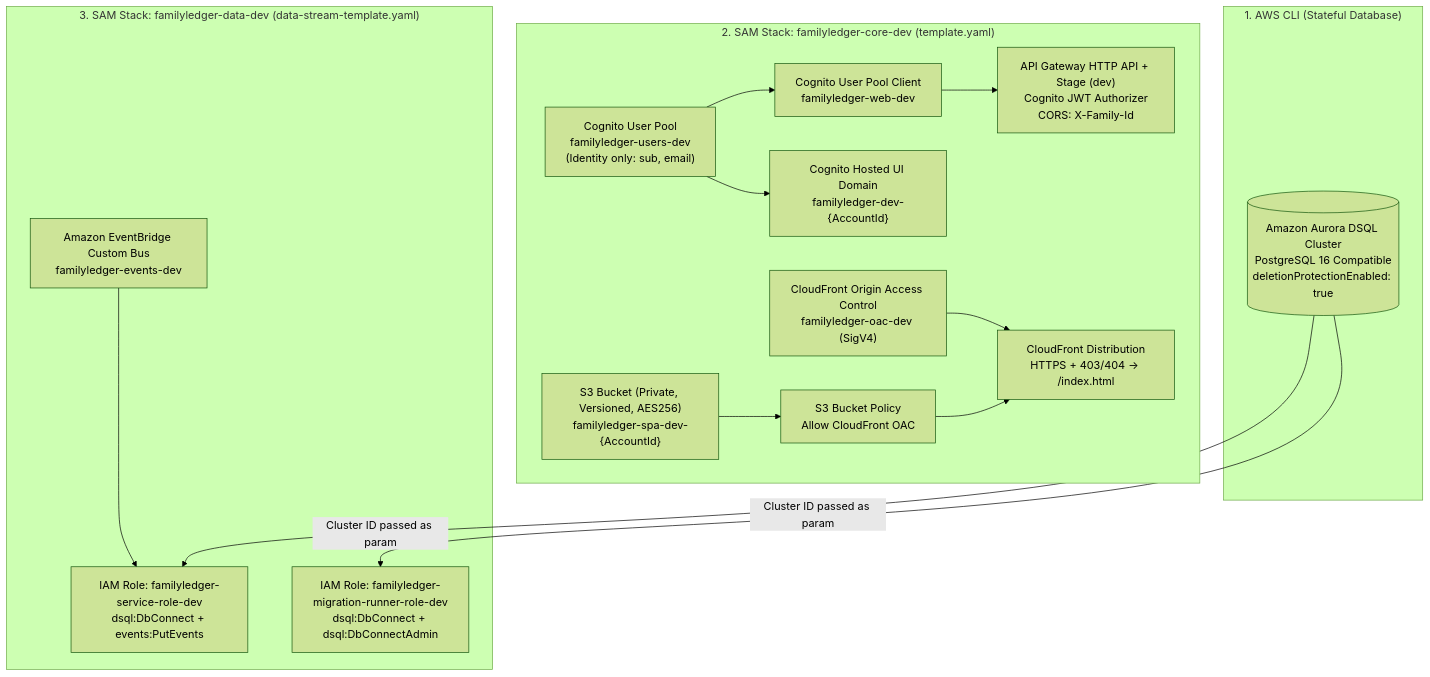
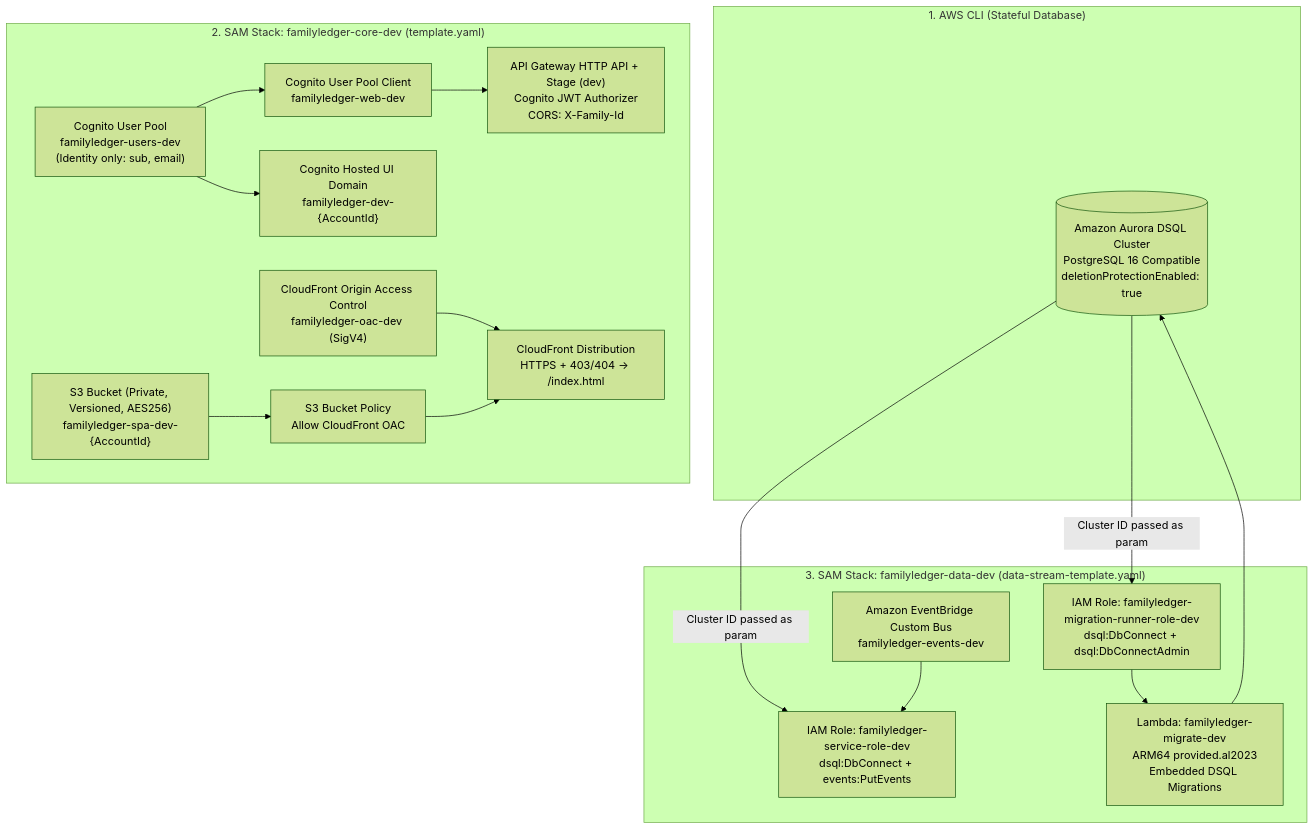
One commit to home-harmony/documentation changed the diagram in architecture/aws-deployment-and-teardown.md. Above: the diagram before and after it, drawn with Mermaid (forest theme). The commit also changed other lines of this file and 18 other files, not shown here.

First line of the commit message:
feat: Remove detailed guide for Aurora DSQL migration files and update sprint roadmap

````diff
--- a/architecture/aws-deployment-and-teardown.md
+++ b/architecture/aws-deployment-and-teardown.md
@@ -11,33 +11,36 @@
 ```mermaid
 flowchart TD
     subgraph CLI["1. AWS CLI (Stateful Database)"]
         DSQL[("Amazon Aurora DSQL Cluster<br/>PostgreSQL 16 Compatible<br/>deletionProtectionEnabled: true")]
     end
 
     subgraph CoreStack["2. SAM Stack: familyledger-core-dev (template.yaml)"]
         CognitoPool["Cognito User Pool<br/>familyledger-users-dev<br/>(Identity only: sub, email)"]
         CognitoClient["Cognito User Pool Client<br/>familyledger-web-dev"]
         CognitoDomain["Cognito Hosted UI Domain<br/>familyledger-dev-{AccountId}"]
         HttpApi["API Gateway HTTP API + Stage (dev)<br/>Cognito JWT Authorizer<br/>CORS: X-Family-Id"]
         SpaBucket["S3 Bucket (Private, Versioned, AES256)<br/>familyledger-spa-dev-{AccountId}"]
         SpaBucketPolicy["S3 Bucket Policy<br/>Allow CloudFront OAC"]
         CdnOac["CloudFront Origin Access Control<br/>familyledger-oac-dev (SigV4)"]
         Cdn["CloudFront Distribution<br/>HTTPS + 403/404 -> /index.html"]
     end
 
     subgraph DataStack["3. SAM Stack: familyledger-data-dev (data-stream-template.yaml)"]
         EventBus["Amazon EventBridge Custom Bus<br/>familyledger-events-dev"]
         ServiceRole["IAM Role: familyledger-service-role-dev<br/>dsql:DbConnect + events:PutEvents"]
         MigrateRole["IAM Role: familyledger-migration-runner-role-dev<br/>dsql:DbConnect + dsql:DbConnectAdmin"]
+        MigrateFn["Lambda: familyledger-migrate-dev<br/>ARM64 provided.al2023<br/>Embedded DSQL Migrations"]
     end
 
     CognitoPool --> CognitoClient
     CognitoPool --> CognitoDomain
     CognitoClient --> HttpApi
     SpaBucket --> SpaBucketPolicy
     CdnOac --> Cdn
     SpaBucketPolicy --> Cdn
     DSQL -->|"Cluster ID passed as param"| ServiceRole
     DSQL -->|"Cluster ID passed as param"| MigrateRole
+    MigrateRole --> MigrateFn
+    MigrateFn --> DSQL
     EventBus --> ServiceRole
 ```
````
